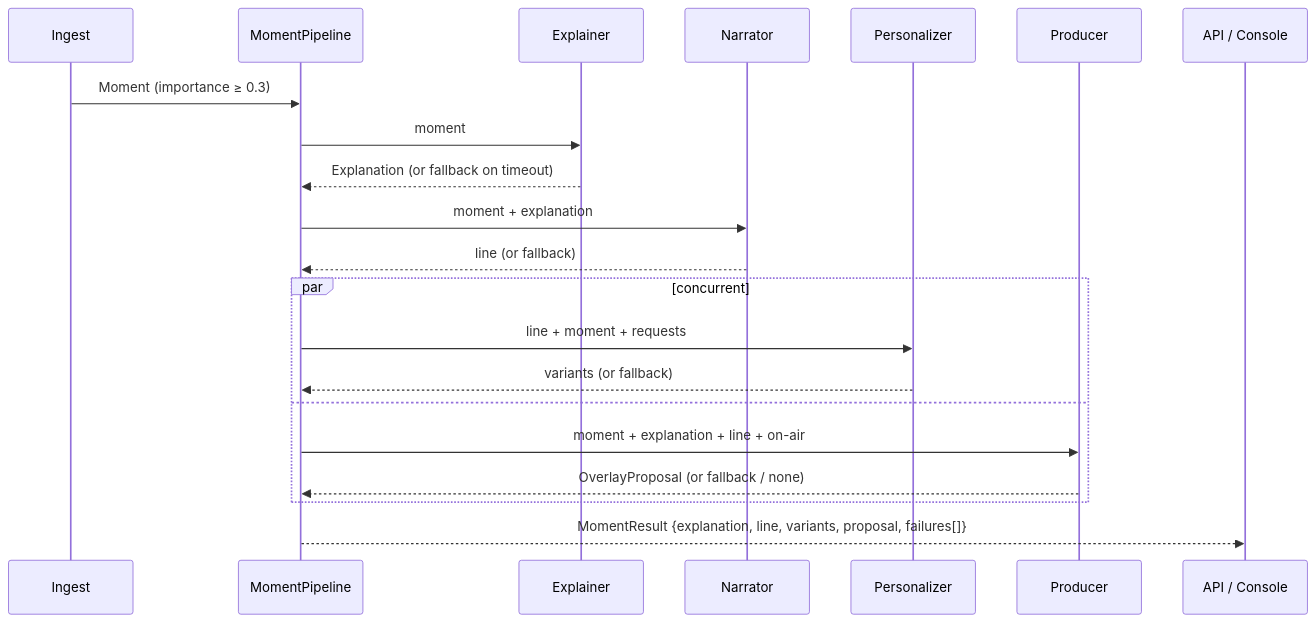
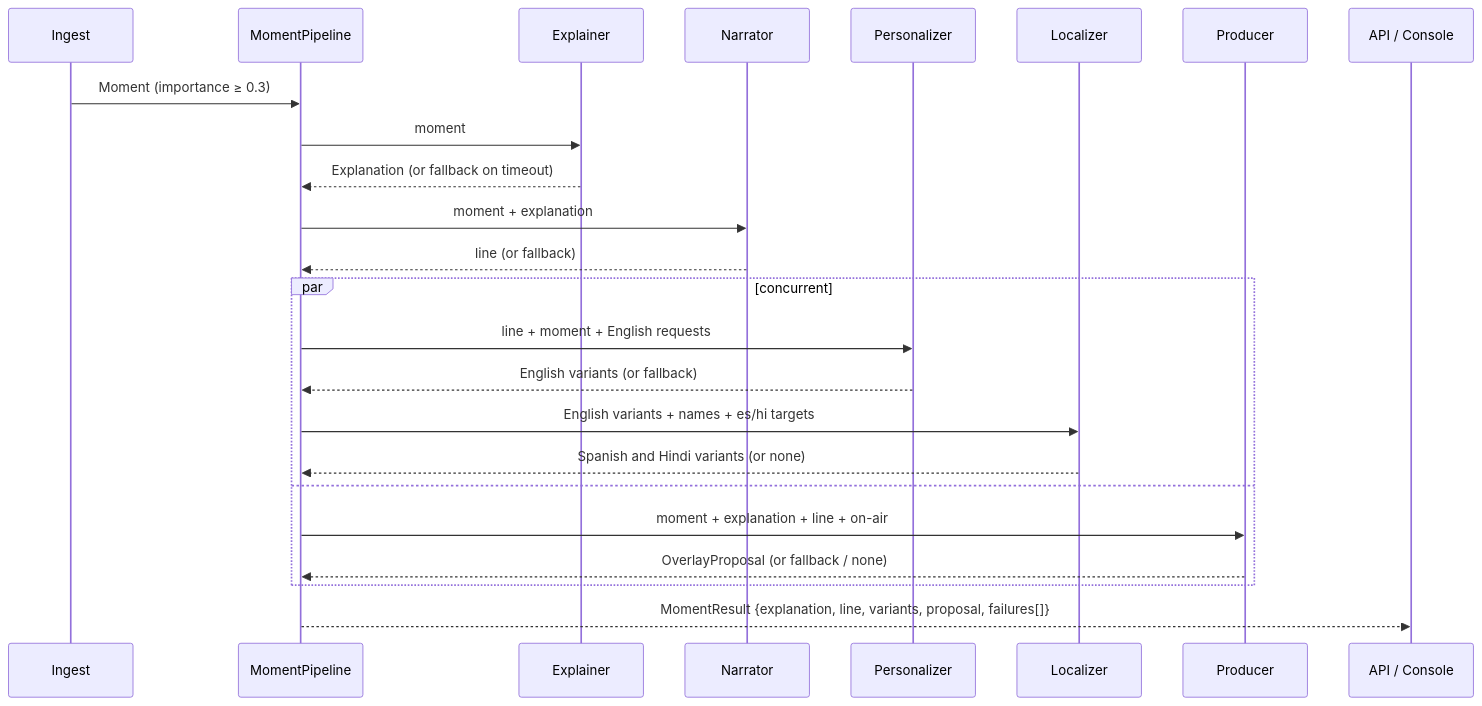
Before and after one commit to SwamiBB/control-room-iq: the second of 3 diagrams in docs/DESIGN.md, drawn with Mermaid. The commit also changed other lines of this file and 13 other files, not shown here.

First line of the commit message:
feat(agents): Localizer agent for Spanish and Hindi; personalizer English only

````diff
--- a/docs/DESIGN.md
+++ b/docs/DESIGN.md
@@ -203,23 +210,26 @@
 ```mermaid
 sequenceDiagram
     participant I as Ingest
     participant W as MomentPipeline
     participant E as Explainer
     participant N as Narrator
     participant P as Personalizer
+    participant L as Localizer
     participant R as Producer
     participant A as API / Console
     I->>W: Moment (importance ≥ 0.3)
     W->>E: moment
     E-->>W: Explanation (or fallback on timeout)
     W->>N: moment + explanation
     N-->>W: line (or fallback)
     par concurrent
-        W->>P: line + moment + requests
-        P-->>W: variants (or fallback)
+        W->>P: line + moment + English requests
+        P-->>W: English variants (or fallback)
+        W->>L: English variants + names + es/hi targets
+        L-->>W: Spanish and Hindi variants (or none)
     and
         W->>R: moment + explanation + line + on-air
         R-->>W: OverlayProposal (or fallback / none)
     end
     W-->>A: MomentResult {explanation, line, variants, proposal, failures[]}
 ```
````
